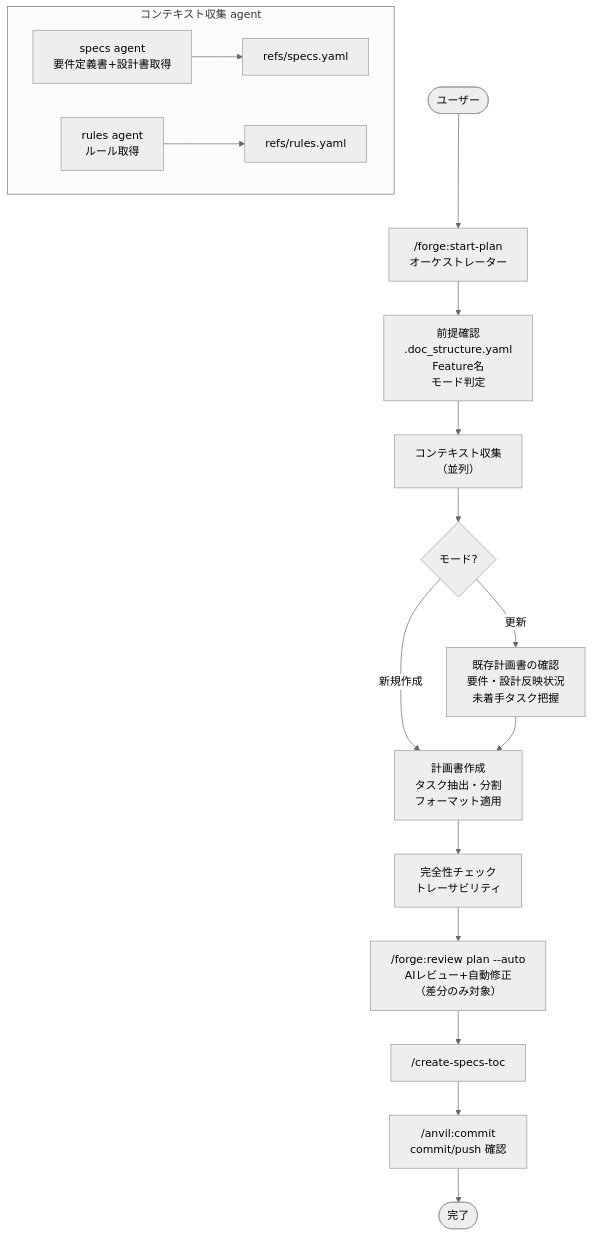
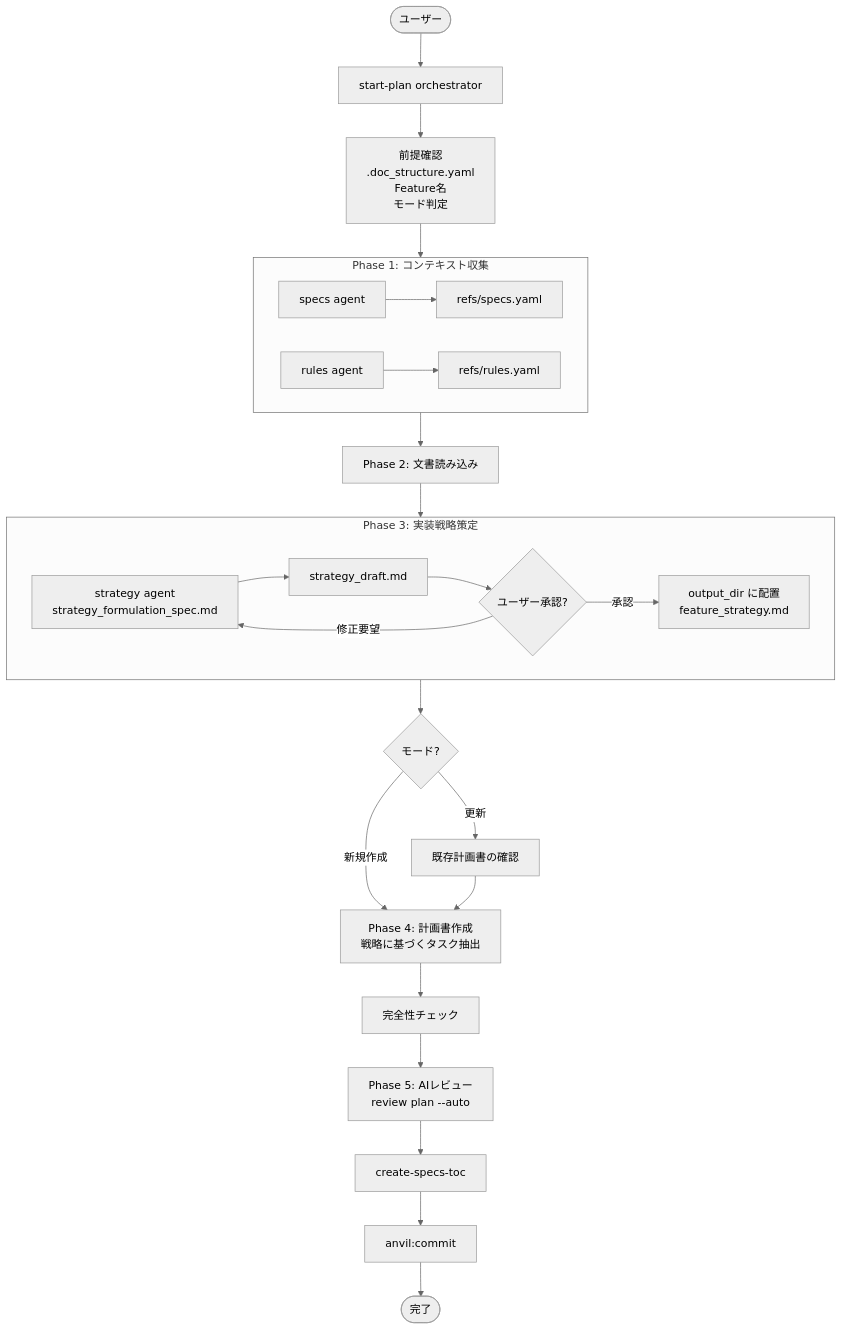
One commit to BlueEventHorizon/bw-cc-plugins changed the diagram in docs/specs/forge/design/DES-019_create_plan_workflow_design.md. Above: the diagram before and after it, drawn with Mermaid (neutral theme). The commit also changed other lines of this file and 2 other files, not shown here.

First line of the commit message:
feat(forge): start-planに実装戦略策定フェーズを追加（DES-027）

````diff
--- a/docs/specs/forge/design/DES-019_create_plan_workflow_design.md
+++ b/docs/specs/forge/design/DES-019_create_plan_workflow_design.md
@@ -34,30 +34,41 @@
 ```mermaid
 flowchart TD
-    User([ユーザー]) --> ORCHESTRATOR
+    User([ユーザー]) --> ORCHESTRATOR["start-plan orchestrator"]
 
-    ORCHESTRATOR["/forge:start-plan<br>オーケストレーター"] --> PREREQ
+    ORCHESTRATOR --> PREREQ["前提確認<br>.doc_structure.yaml<br>Feature名<br>モード判定"]
 
-    PREREQ["前提確認<br>.doc_structure.yaml<br>Feature名<br>モード判定"] --> CONTEXT
+    PREREQ --> CONTEXT
 
-    CONTEXT["コンテキスト収集<br>（並列）"] --> MODE_CHECK
-
-    subgraph CONTEXT_AGENTS["コンテキスト収集 agent"]
-        A1["specs agent<br>要件定義書+設計書取得"] --> REFS_SPECS["refs/specs.yaml"]
-        A2["rules agent<br>ルール取得"] --> REFS_RULES["refs/rules.yaml"]
+    subgraph CONTEXT["Phase 1: コンテキスト収集"]
+        A1["specs agent"] --> REFS_SPECS["refs/specs.yaml"]
+        A2["rules agent"] --> REFS_RULES["refs/rules.yaml"]
     end
 
-    MODE_CHECK{モード?} -->|"新規作成"| CREATE
+    CONTEXT --> READ["Phase 2: 文書読み込み"]
+
+    READ --> STRATEGY_PHASE
+
+    subgraph STRATEGY_PHASE["Phase 3: 実装戦略策定"]
+        SA["strategy agent<br>strategy_formulation_spec.md"] --> DRAFT["strategy_draft.md"]
+        DRAFT --> APPROVAL{"ユーザー承認?"}
+        APPROVAL -->|"修正要望"| SA
+        APPROVAL -->|"承認"| COPY["output_dir に配置<br>feature_strategy.md"]
+    end
+
+    STRATEGY_PHASE --> MODE_CHECK{モード?}
+
+    MODE_CHECK -->|"新規作成"| CREATE
     MODE_CHECK -->|"更新"| UPDATE_CHECK
 
-    UPDATE_CHECK["既存計画書の確認<br>要件・設計反映状況<br>未着手タスク把握"] --> CREATE
+    UPDATE_CHECK["既存計画書の確認"] --> CREATE
 
-    CREATE["計画書作成<br>タスク抽出・分割<br>フォーマット適用"] --> QA
+    CREATE["Phase 4: 計画書作成<br>戦略に基づくタスク抽出"] --> QA["完全性チェック"]
 
-    QA["完全性チェック<br>トレーサビリティ"] --> AI_REVIEW
+    QA --> AI_REVIEW["Phase 5: AIレビュー<br>review plan --auto"]
 
-    AI_REVIEW["/forge:review plan --auto<br>AIレビュー+自動修正<br>（差分のみ対象）"] --> TOC
+    AI_REVIEW --> TOC["create-specs-toc"]
 
-    TOC["/create-specs-toc"] --> COMMIT
+    TOC --> COMMIT["anvil:commit"]
 
-    COMMIT["/anvil:commit<br>commit/push 確認"] --> End([完了])
+    COMMIT --> DONE([完了])
 ```
````
